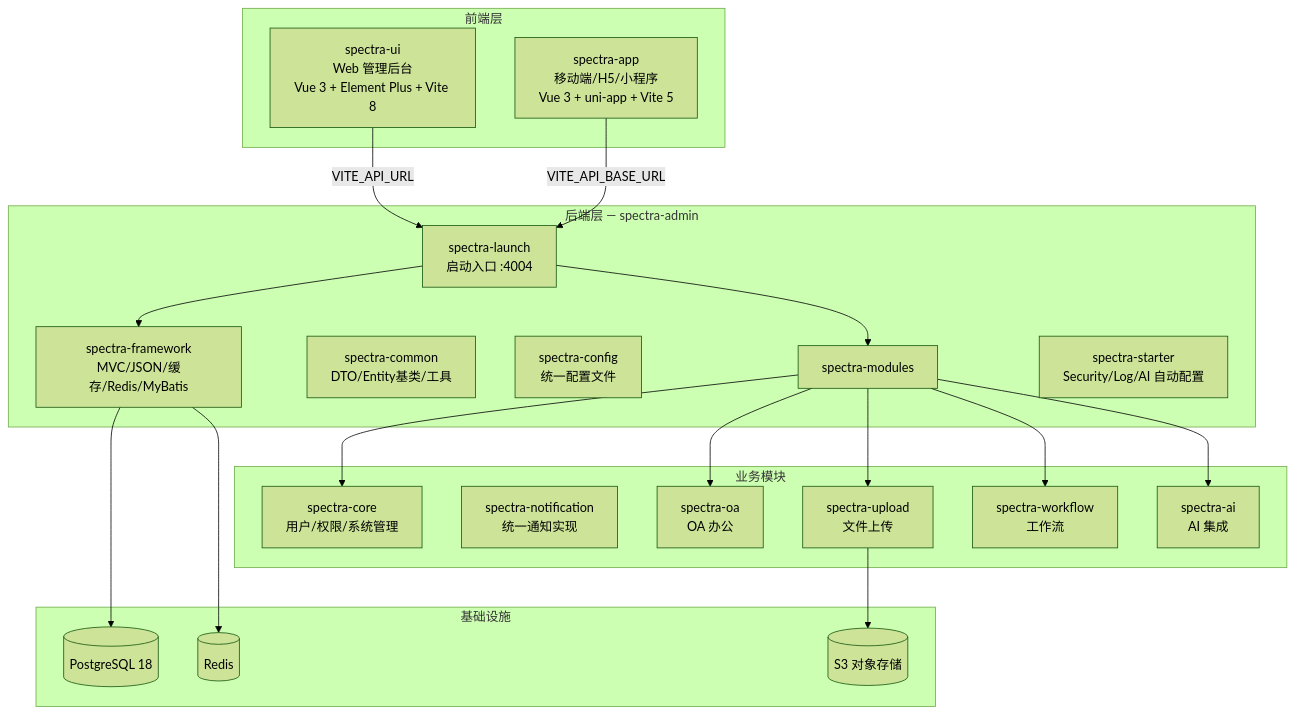
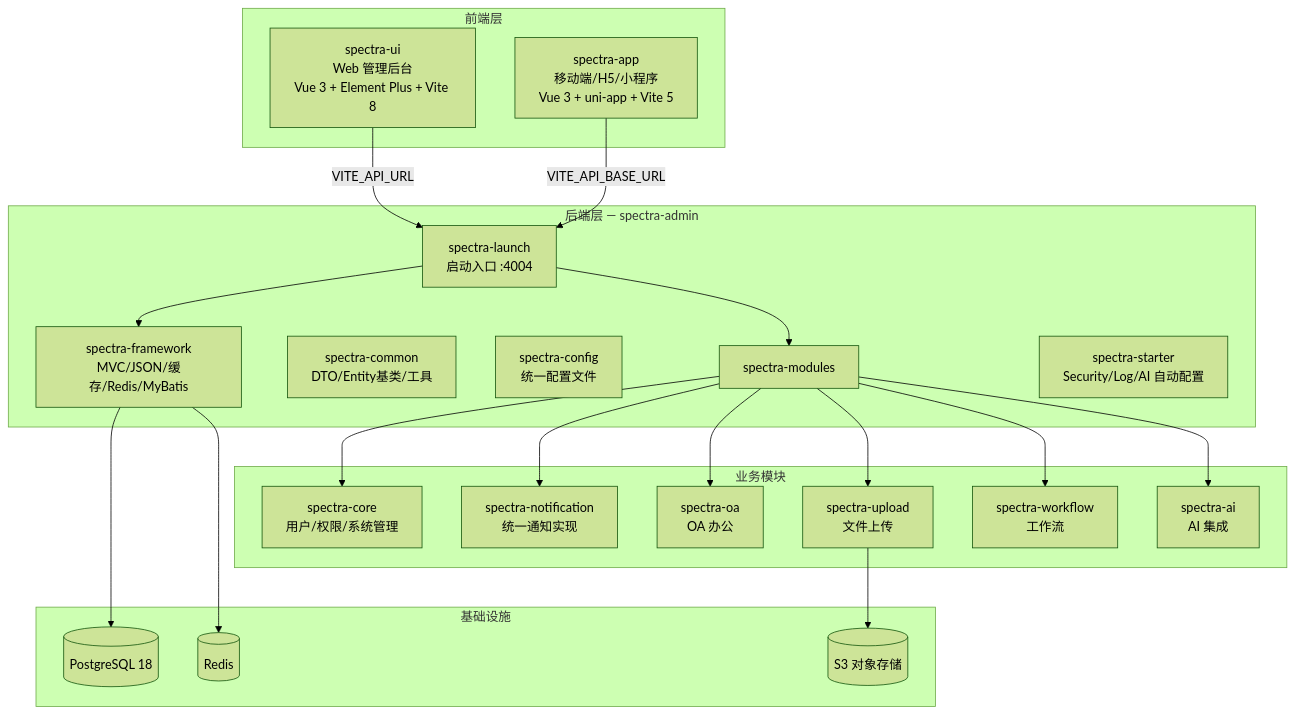
Before and after one commit to yangxj96/spectra-docs: the diagram in docs/00-项目总览.md, drawn with Mermaid (forest theme). The commit also changed other lines of this file and 16 other files, not shown here.

````diff
--- a/docs/00-项目总览.md
+++ b/docs/00-项目总览.md
@@ -22,44 +22,45 @@
 ```mermaid
 graph TB
     subgraph "前端层"
         UI["spectra-ui<br/>Web 管理后台<br/>Vue 3 + Element Plus + Vite 8"]
         APP["spectra-app<br/>移动端/H5/小程序<br/>Vue 3 + uni-app + Vite 5"]
     end
 
     subgraph "后端层 — spectra-admin"
         LAUNCH["spectra-launch<br/>启动入口 :4004"]
         FW["spectra-framework<br/>MVC/JSON/缓存/Redis/MyBatis"]
         COMMON["spectra-common<br/>DTO/Entity基类/工具"]
         CONFIG["spectra-config<br/>统一配置文件"]
         MODULES["spectra-modules"]
         STARTER["spectra-starter<br/>Security/Log/AI 自动配置"]
     end
 
     subgraph "业务模块"
         CORE["spectra-core<br/>用户/权限/系统管理"]
         NOTIFY["spectra-notification<br/>统一通知实现"]
         OA["spectra-oa<br/>OA 办公"]
         UPLOAD["spectra-upload<br/>文件上传"]
         WF["spectra-workflow<br/>工作流"]
         AI["spectra-ai<br/>AI 集成"]
     end
 
     subgraph "基础设施"
         PG[("PostgreSQL 18")]
         REDIS[("Redis")]
         S3[("S3 对象存储")]
     end
 
     UI -->|"VITE_API_URL"| LAUNCH
     APP -->|"VITE_API_BASE_URL"| LAUNCH
     LAUNCH --> FW
     LAUNCH --> MODULES
     MODULES --> CORE
+    MODULES --> NOTIFY
     MODULES --> OA
     MODULES --> UPLOAD
     MODULES --> WF
     MODULES --> AI
     FW --> PG
     FW --> REDIS
     UPLOAD --> S3
 ```
````
